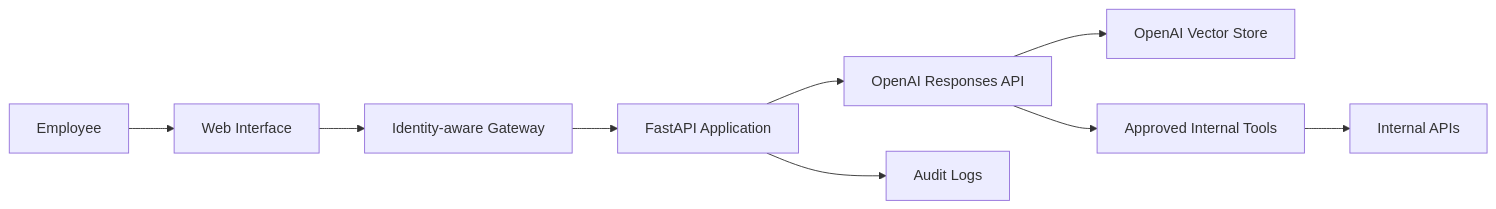
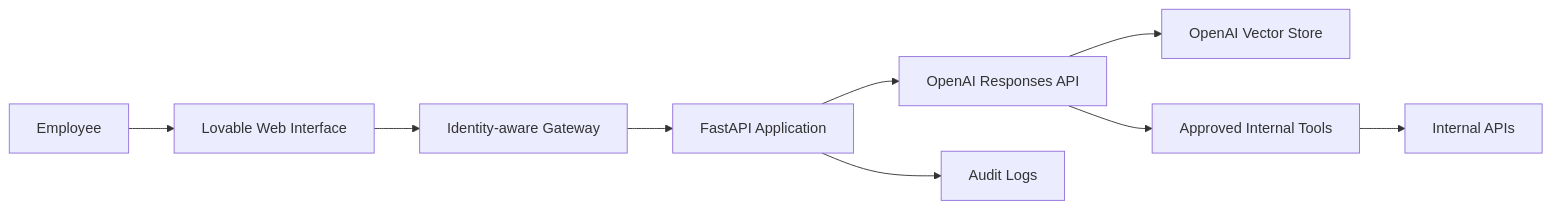
The diagram in README.md (cmosantos/corporate-rag-chatbot), drawn with Mermaid before and after one commit. The commit also changed other lines of this file, not shown here.

Commit message:
docs: finalize professional README and Lovable integration

````diff
--- a/README.md
+++ b/README.md
@@ -43,11 +42,11 @@
 ```mermaid
 flowchart LR
-    U[Employee] --> W[Web Interface]
+    U[Employee] --> W[Lovable Web Interface]
     W --> G[Identity-aware Gateway]
     G --> A[FastAPI Application]
     A --> R[OpenAI Responses API]
     R --> V[OpenAI Vector Store]
     R --> T[Approved Internal Tools]
     T --> I[Internal APIs]
     A --> L[Audit Logs]
 ```
````
